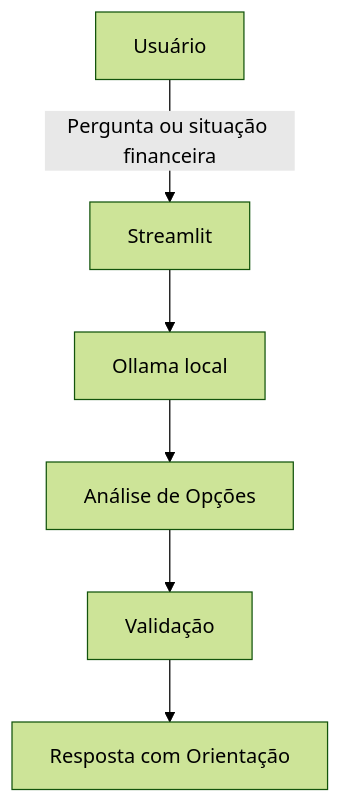
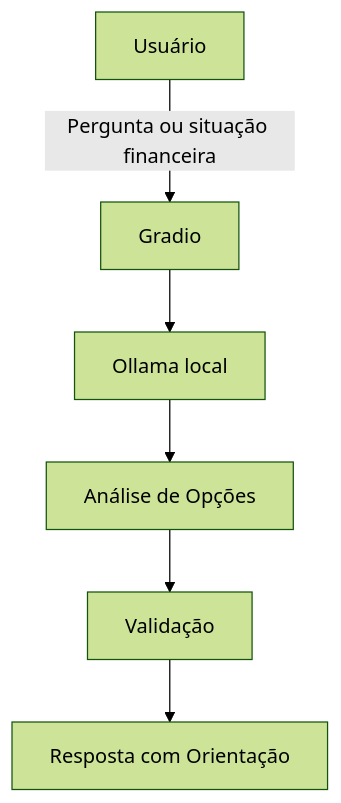
Before and after one commit to julianasilvadealmeida808-rgb/dio-lab-bia-do-futuro: the diagram in docs/01-documentacao-agente.md, drawn with Mermaid (forest theme). The commit also changed other lines of this file, not shown here.

````diff
--- a/docs/01-documentacao-agente.md
+++ b/docs/01-documentacao-agente.md
@@ -38,8 +40,8 @@
 ```mermaid
 flowchart TD
-    A[Usuário] -->|Pergunta ou situação financeira| B[Streamlit]
+    A[Usuário] -->|Pergunta ou situação financeira| B[Gradio]
     B --> C[Ollama local]
     C --> D[Análise de Opções]
     D --> E[Validação]
     E --> F[Resposta com Orientação]
 ```
````
